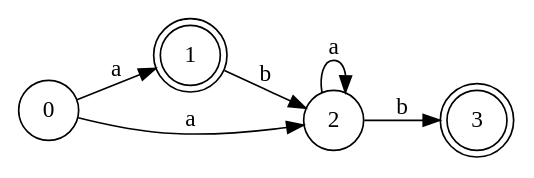
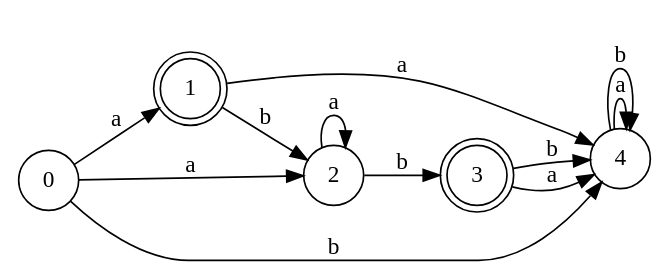
Before and after one commit to Nooosky/Licence3: the diagram in Theorie_Langages/TP/img/automaton.dot, drawn with Graphviz. The commit also changed 4 other files, not shown here.

```diff
--- a/Theorie_Langages/TP/img/automaton.dot
+++ b/Theorie_Langages/TP/img/automaton.dot
@@ -1,11 +1,17 @@
 digraph finite_state_machine {
 	rankdir=LR;
 	size="8,5";
 	node [shape = doublecircle]; 1 3;
 	node [shape = circle];
 	0 -> 1 [ label = "a" ];
 	0 -> 2 [ label = "a" ];
+	0 -> 4 [ label = "b" ];
+	1 -> 4 [ label = "a" ];
 	1 -> 2 [ label = "b" ];
 	2 -> 2 [ label = "a" ];
 	2 -> 3 [ label = "b" ];
+	3 -> 4 [ label = "a" ];
+	3 -> 4 [ label = "b" ];
+	4 -> 4 [ label = "a" ];
+	4 -> 4 [ label = "b" ];
 }
```
